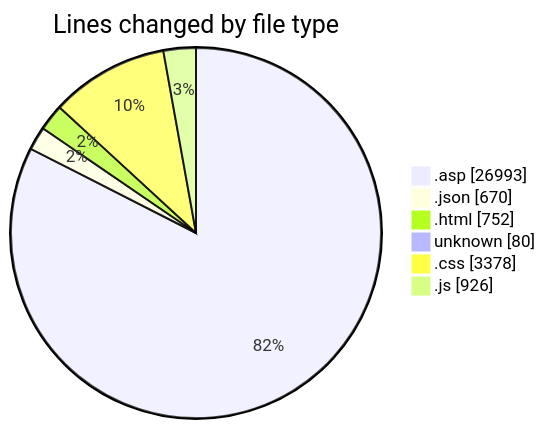
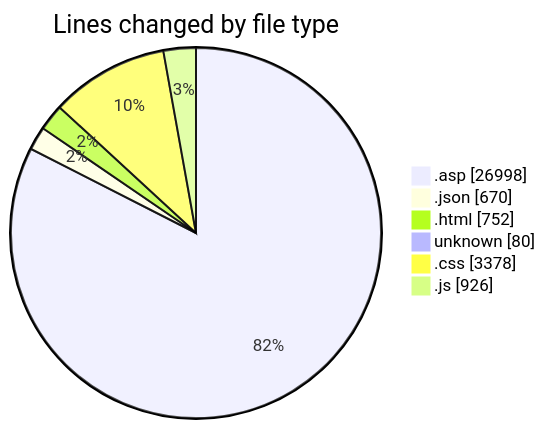
Before and after one commit to julien-gomy/code-tracking: the first of 2 diagrams in 2025-11-01/cdp_aleoudev_fr__workspace_/README.md, drawn with Mermaid. The commit also changed other lines of this file and 1 other file, not shown here.

````diff
--- a/2025-11-01/cdp_aleoudev_fr__workspace_/README.md
+++ b/2025-11-01/cdp_aleoudev_fr__workspace_/README.md
@@ -39,10 +39,10 @@
 ```mermaid
 pie showData
 title Lines changed by file type
-".asp" : 26993
+".asp" : 26998
 ".json" : 670
 ".html" : 752
 "unknown" : 80
 ".css" : 3378
 ".js" : 926
 ```
````
